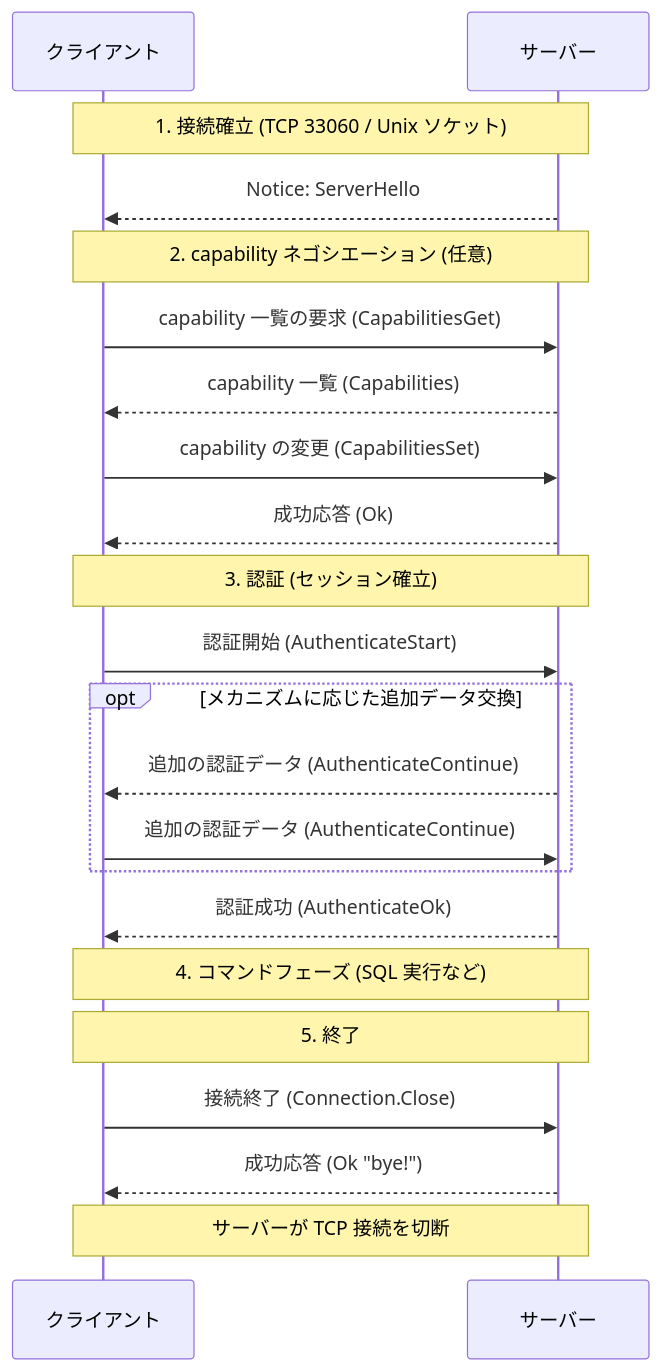
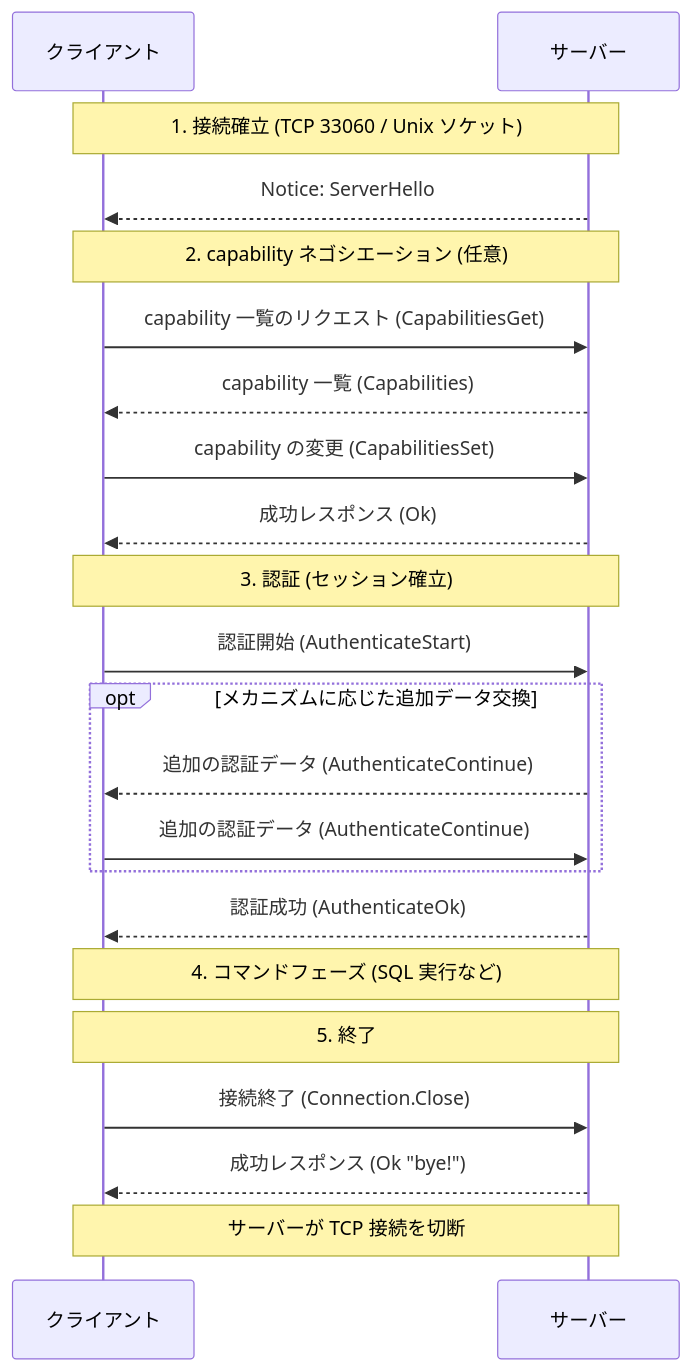
The first of 2 diagrams in docs/specification/protocol/communication_flow.md (ren-yamanashi/minesql), drawn with Mermaid before and after one commit. The commit also changed other lines of this file and 10 other files, not shown here.

````diff
--- a/docs/specification/protocol/communication_flow.md
+++ b/docs/specification/protocol/communication_flow.md
@@ -11,24 +11,24 @@
 ```mermaid
 sequenceDiagram
     participant C as クライアント
     participant S as サーバー
     Note over C,S: 1. 接続確立 (TCP 33060 / Unix ソケット)
     S-->>C: Notice: ServerHello
     Note over C,S: 2. capability ネゴシエーション (任意)
-    C->>S: capability 一覧の要求 (CapabilitiesGet)
+    C->>S: capability 一覧のリクエスト (CapabilitiesGet)
     S-->>C: capability 一覧 (Capabilities)
     C->>S: capability の変更 (CapabilitiesSet)
-    S-->>C: 成功応答 (Ok)
+    S-->>C: 成功レスポンス (Ok)
     Note over C,S: 3. 認証 (セッション確立)
     C->>S: 認証開始 (AuthenticateStart)
     opt メカニズムに応じた追加データ交換
         S-->>C: 追加の認証データ (AuthenticateContinue)
         C->>S: 追加の認証データ (AuthenticateContinue)
     end
     S-->>C: 認証成功 (AuthenticateOk)
     Note over C,S: 4. コマンドフェーズ (SQL 実行など)
     Note over C,S: 5. 終了
     C->>S: 接続終了 (Connection.Close)
-    S-->>C: 成功応答 (Ok "bye!")
+    S-->>C: 成功レスポンス (Ok "bye!")
     Note over C,S: サーバーが TCP 接続を切断
 ```
````
